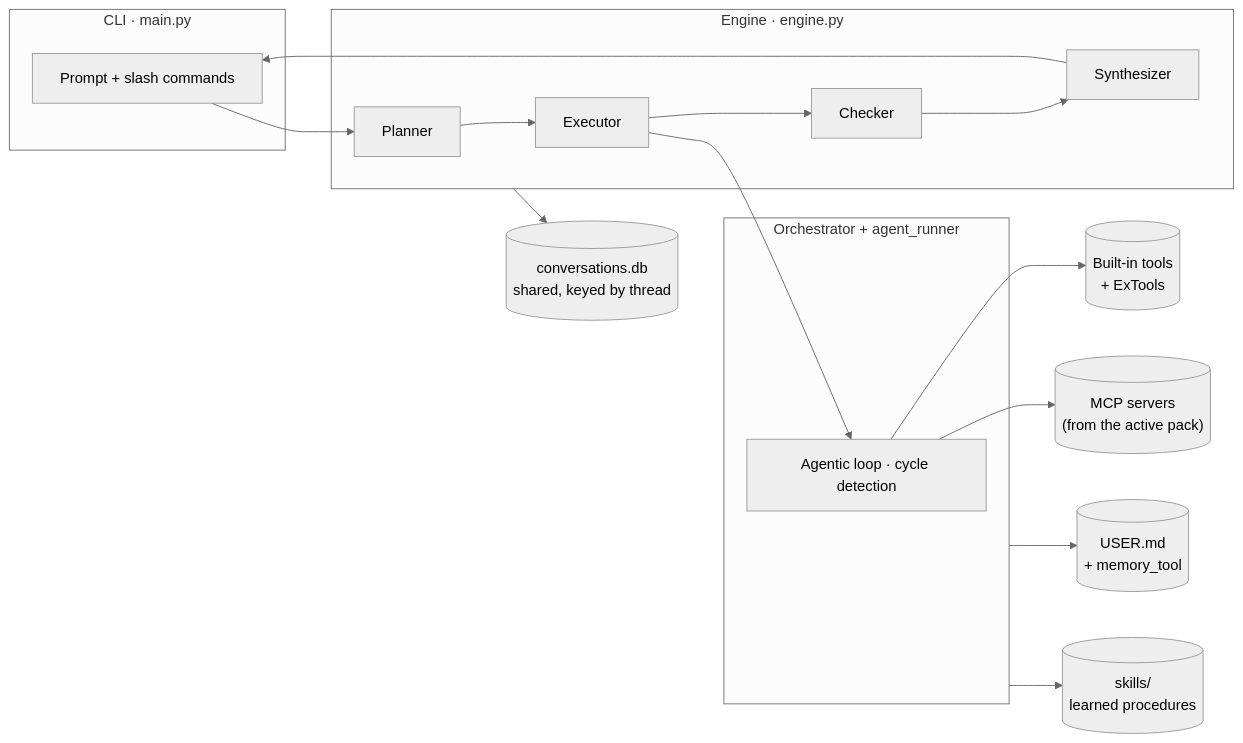
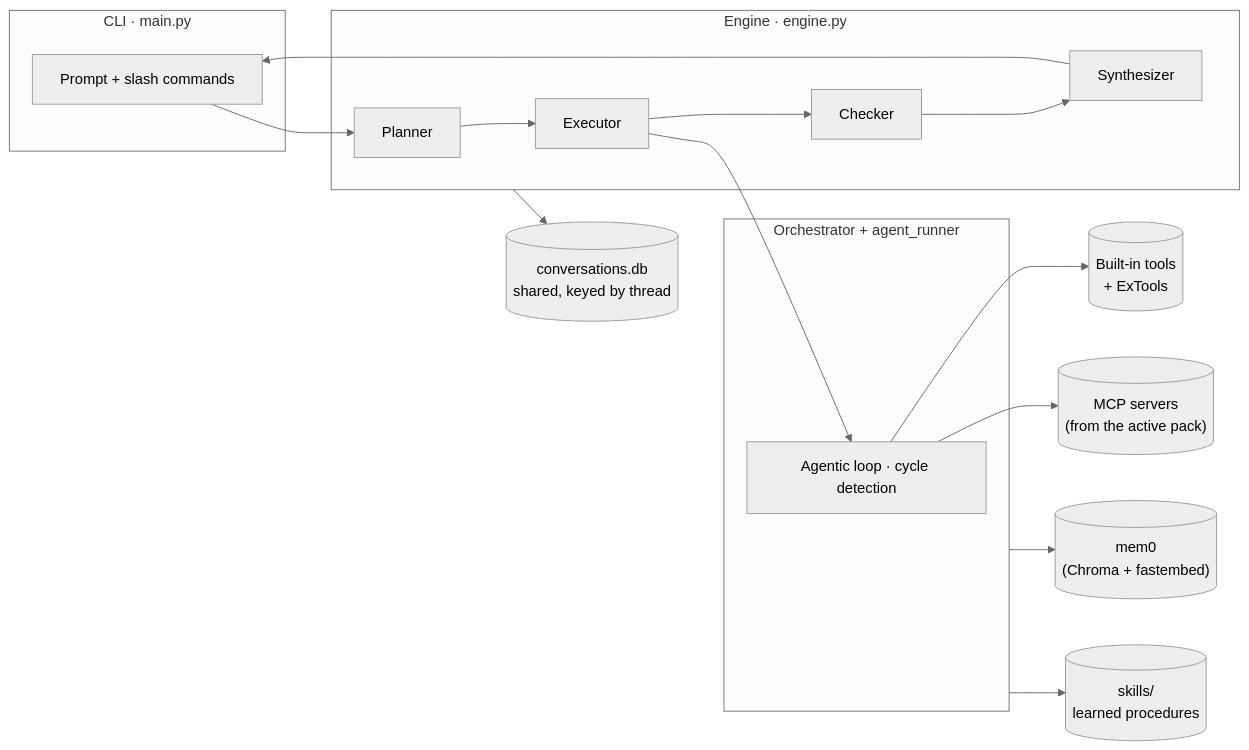
The second of 5 diagrams in architecture/README.md (Arsh910/Anet), drawn with Mermaid (neutral theme) before and after one commit. The commit also changed other lines of this file and 15 other files, not shown here.

````diff
--- a/architecture/README.md
+++ b/architecture/README.md
@@ -45,21 +45,21 @@
 ```mermaid
 flowchart LR
     subgraph CLI["CLI · main.py"]
         IN["Prompt + slash commands"]
     end
     subgraph ENG["Engine · engine.py"]
         PL["Planner"] --> EX["Executor"] --> CH["Checker"] --> SY["Synthesizer"]
     end
     subgraph RUN["Orchestrator + agent_runner"]
         LOOP["Agentic loop · cycle detection"]
     end
 
     IN --> PL
     SY --> IN
     EX --> LOOP
     LOOP --> TOOLS[("Built-in tools<br/>+ ExTools")]
     LOOP --> MCP[("MCP servers<br/>(from the active pack)")]
     ENG --> STORE[("conversations.db<br/>shared, keyed by thread")]
-    RUN --> MEM[("USER.md<br/>+ memory_tool")]
+    RUN --> MEM[("mem0<br/>(Chroma + fastembed)")]
     RUN --> SK[("skills/<br/>learned procedures")]
 ```
````
